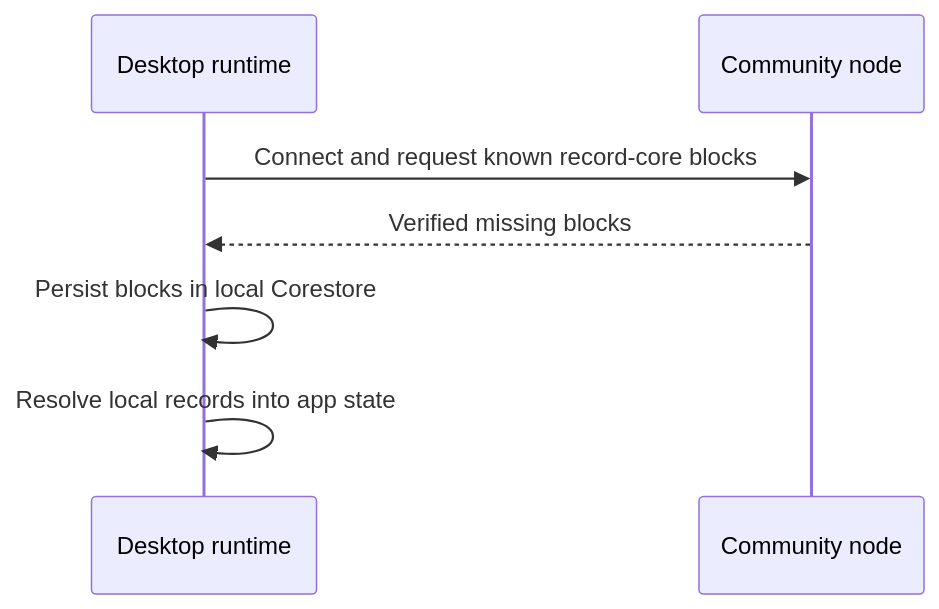
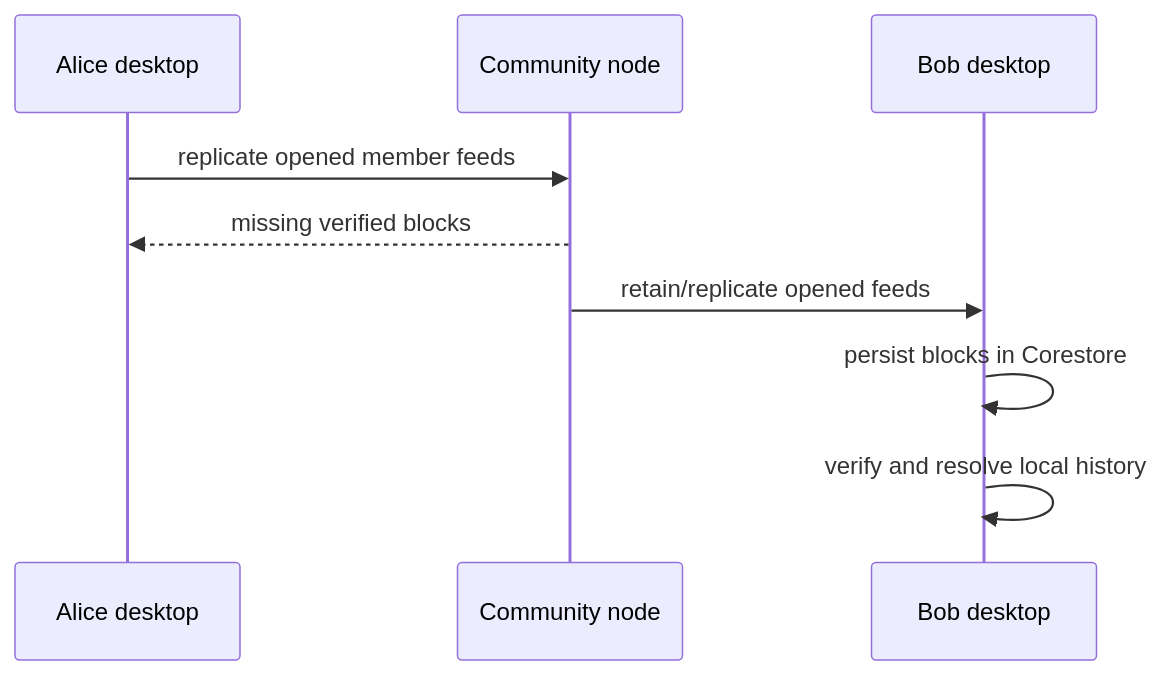
One commit to matthewlovestocode/peer-hours changed the first of 2 diagrams in docs/education/20-replication.md. Above: the diagram before and after it, drawn with Mermaid. The commit also changed other lines of this file and 62 other files, not shown here.

````diff
--- a/docs/education/20-replication.md
+++ b/docs/education/20-replication.md
@@ -16,9 +5,11 @@
 ```mermaid
 sequenceDiagram
-  participant A as Desktop runtime
-  participant B as Community node
-  A->>B: Connect and request known record-core blocks
-  B-->>A: Verified missing blocks
-  A->>A: Persist blocks in local Corestore
-  A->>A: Resolve local records into app state
+  participant A as Alice desktop
+  participant N as Community node
+  participant B as Bob desktop
+  A->>N: replicate opened member feeds
+  N-->>A: missing verified blocks
+  N->>B: retain/replicate opened feeds
+  B->>B: persist blocks in Corestore
+  B->>B: verify and resolve local history
 ```
````
